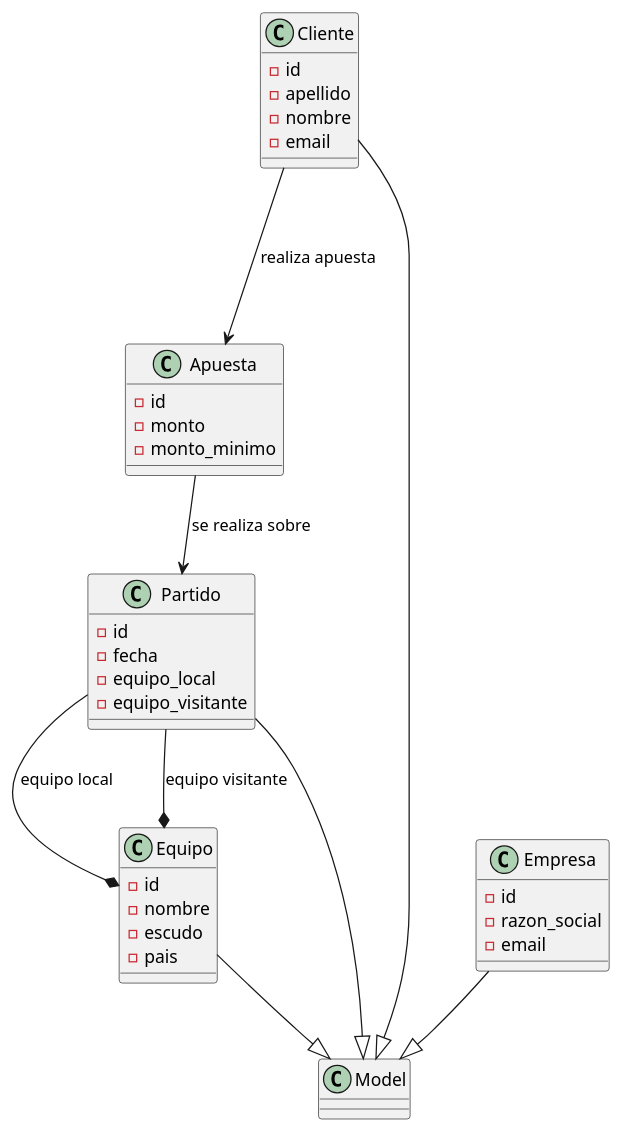
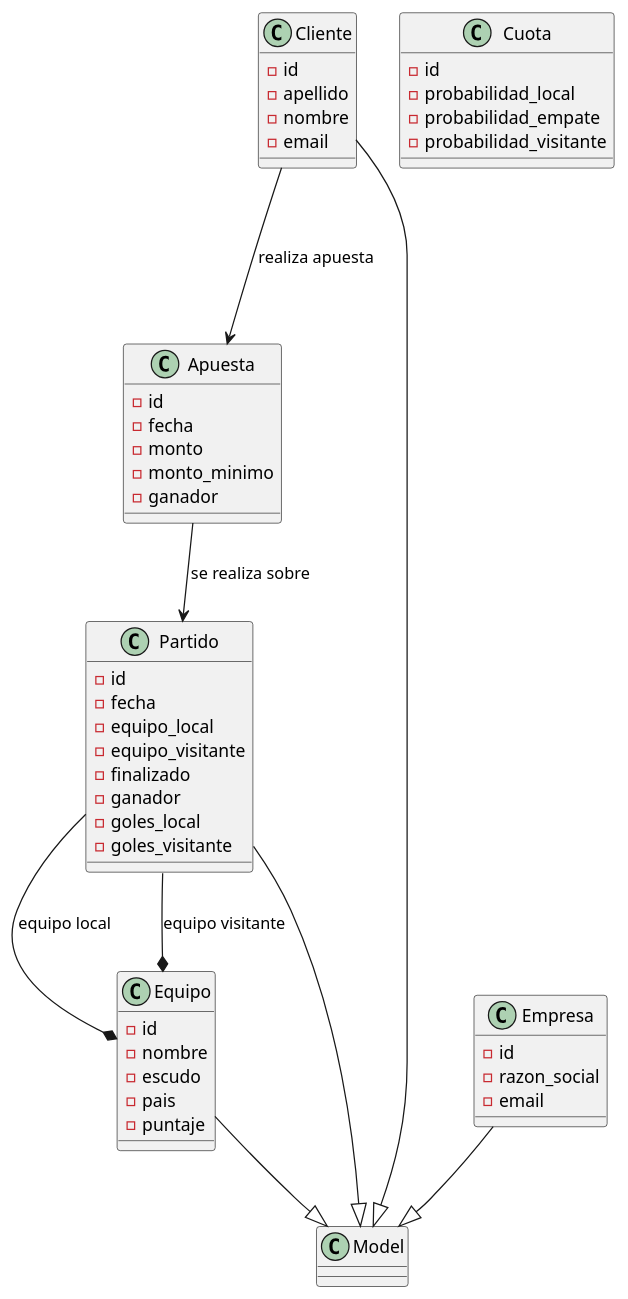
One commit to Ollyxs/Bookmaker-DS changed the diagram in docs/diagrama_de_clases.puml. Above: the diagram before and after it, drawn with PlantUML. The commit also changed 20 other files, not shown here.

```diff
--- a/docs/diagrama_de_clases.puml
+++ b/docs/diagrama_de_clases.puml
@@ -1,47 +1,60 @@
 @startuml:
 class Cliente {
     - id
     - apellido
     - nombre 
     - email
 }
 
 class Empresa {
     - id
     - razon_social
     - email
 }
 
 class Equipo {
     - id
     - nombre
     - escudo
     - pais
+    - puntaje
 }
 
 
 class Apuesta {
     - id
+    - fecha
     - monto 
     - monto_minimo
+    - ganador
+}
+
+class Cuota {
+    - id
+    - probabilidad_local
+    - probabilidad_empate
+    - probabilidad_visitante
 }
 
 class Partido {
     - id
     - fecha
     - equipo_local
     - equipo_visitante
-    
+    - finalizado
+    - ganador
+    - goles_local
+    - goles_visitante
 }
 
 Partido --* Equipo: equipo local
 Partido --* Equipo: equipo visitante
 
 Cliente ---> Apuesta: realiza apuesta
 Cliente --|> Model
 Empresa --|> Model
 Equipo --|> Model
 Partido --|> Model
 
 Apuesta --> Partido: se realiza sobre
 @enduml
```
